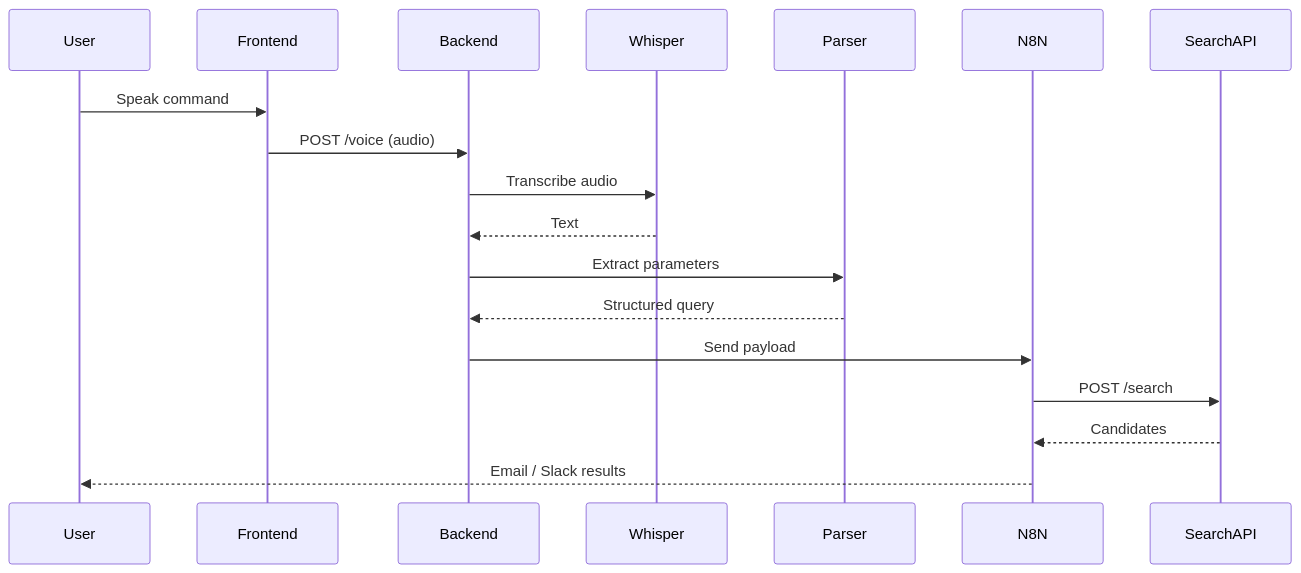
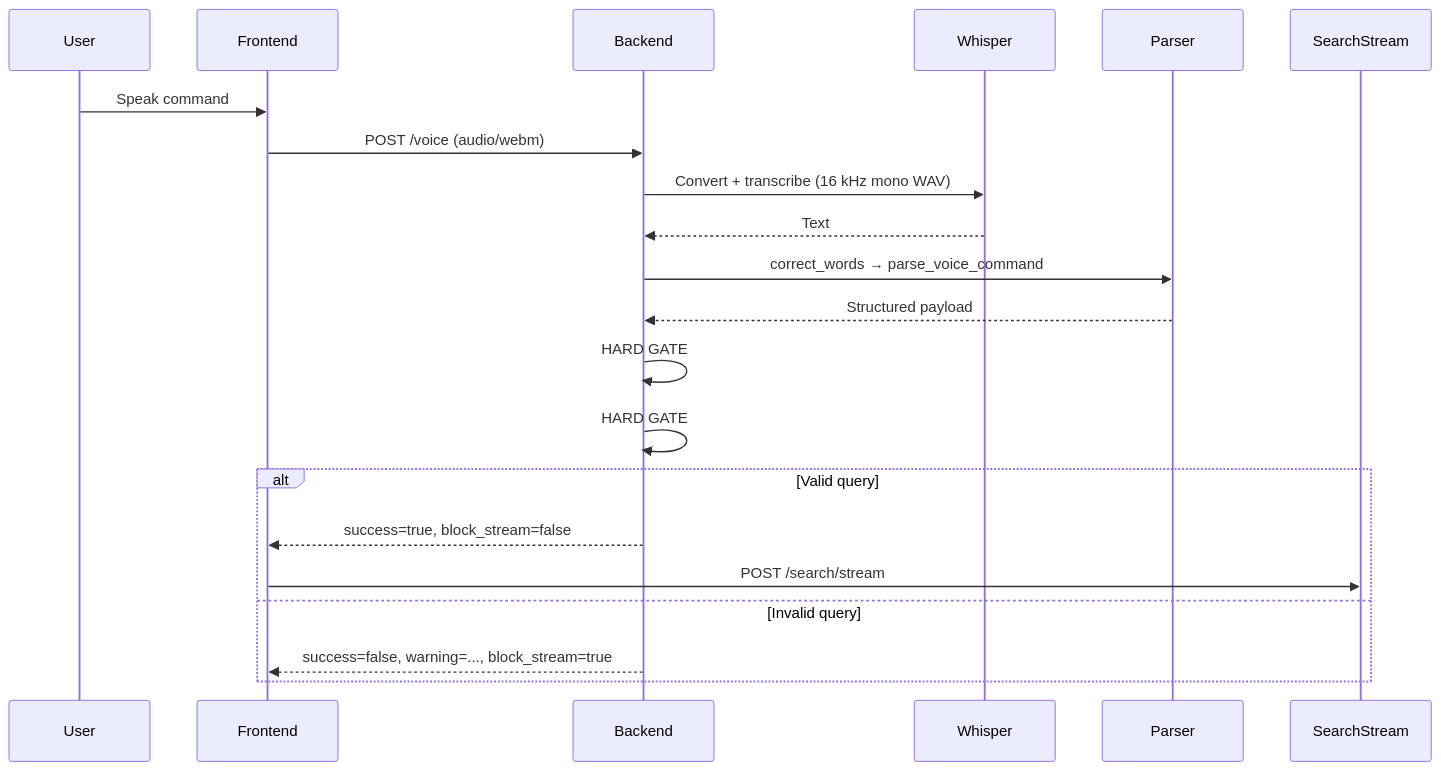
One commit to nngo23/Implementing-IoT-Pipeline changed the second of 2 diagrams in Candidate_Search_System/docs/API_DOCUMENTATION.md. Above: the diagram before and after it, drawn with Mermaid. The commit also changed other lines of this file and 22 other files, not shown here.

Commit message:
Update voice/search pipeline and UI fixes

````diff
--- a/Candidate_Search_System/docs/API_DOCUMENTATION.md
+++ b/Candidate_Search_System/docs/API_DOCUMENTATION.md
@@ -71,26 +125,28 @@
 ```mermaid
 sequenceDiagram
 participant User
 participant Frontend
 participant Backend
 participant Whisper
 participant Parser
-participant N8N
-participant SearchAPI
+participant SearchStream
 
     User->>Frontend: Speak command
-    Frontend->>Backend: POST /voice (audio)
+    Frontend->>Backend: POST /voice (audio/webm)
 
-    Backend->>Whisper: Transcribe audio
+    Backend->>Whisper: Convert + transcribe (16 kHz mono WAV)
     Whisper-->>Backend: Text
 
-    Backend->>Parser: Extract parameters
-    Parser-->>Backend: Structured query
+    Backend->>Parser: correct_words → parse_voice_command
+    Parser-->>Backend: Structured payload
 
-    Backend->>N8N: Send payload
+    Backend->>Backend: HARD GATE #1 — role_detected required
+    Backend->>Backend: HARD GATE #2 — industry required
 
-    N8N->>SearchAPI: POST /search
-    SearchAPI-->>N8N: Candidates
-
-    N8N-->>User: Email / Slack results
+    alt Valid query
+        Backend-->>Frontend: success=true, block_stream=false
+        Frontend->>SearchStream: POST /search/stream
+    else Invalid query
+        Backend-->>Frontend: success=false, warning=..., block_stream=true
+    end
 ```
````
